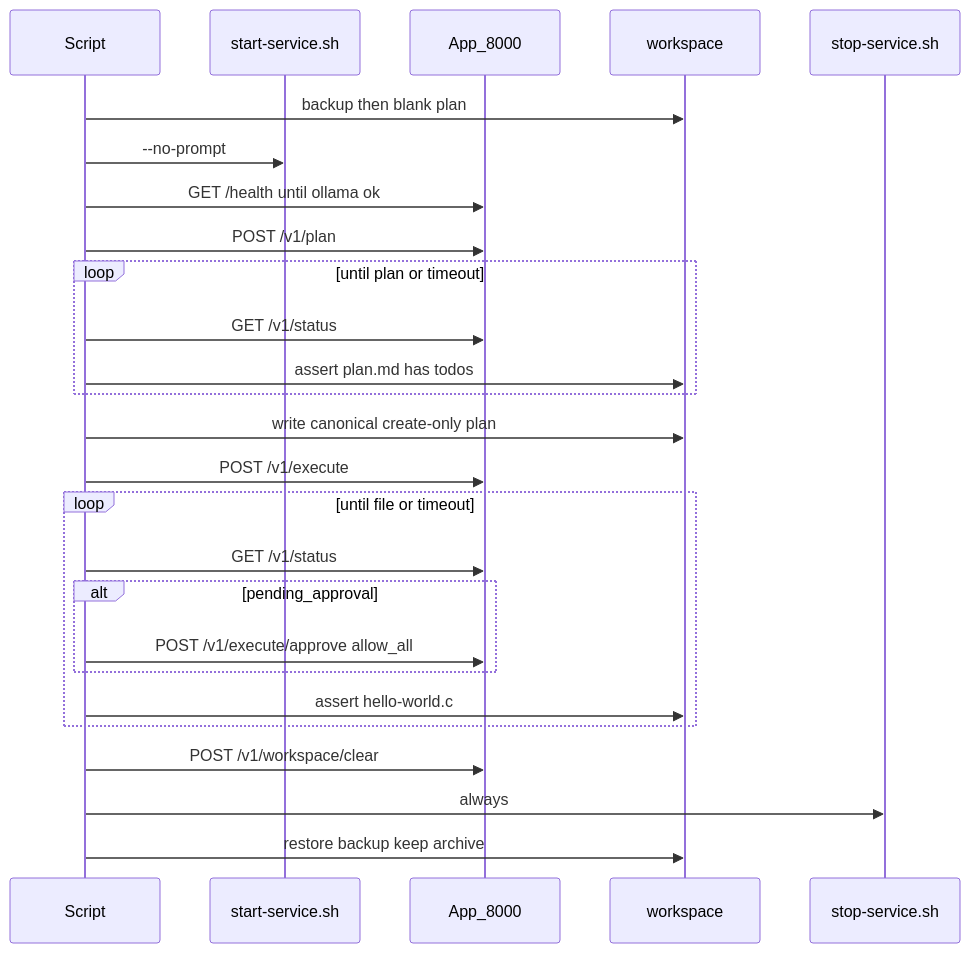
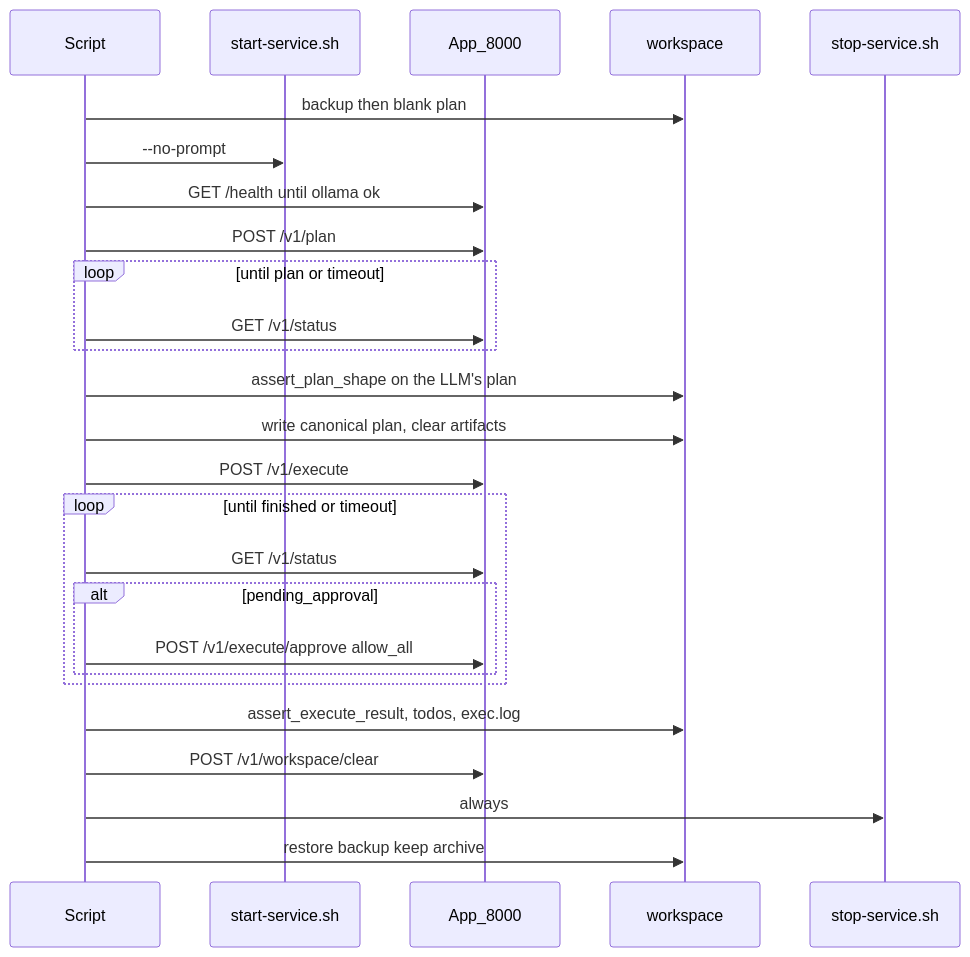
One commit to mtshomskyieee/tiny-local-coder changed the diagram in integration-tests/PLAN.md. Above: the diagram before and after it, drawn with Mermaid. The commit also changed other lines of this file and 34 other files, not shown here.

````diff
--- a/integration-tests/PLAN.md
+++ b/integration-tests/PLAN.md
@@ -38,28 +85,28 @@
 ```mermaid
 sequenceDiagram
   participant Script
   participant Start as start-service.sh
   participant API as App_8000
   participant WS as workspace
   participant Stop as stop-service.sh
   Script->>WS: backup then blank plan
   Script->>Start: --no-prompt
   Script->>API: GET /health until ollama ok
   Script->>API: POST /v1/plan
   loop until plan or timeout
     Script->>API: GET /v1/status
-    Script->>WS: assert plan.md has todos
   end
-  Script->>WS: write canonical create-only plan
+  Script->>WS: assert_plan_shape on the LLM's plan
+  Script->>WS: write canonical plan, clear artifacts
   Script->>API: POST /v1/execute
-  loop until file or timeout
+  loop until finished or timeout
     Script->>API: GET /v1/status
     alt pending_approval
       Script->>API: POST /v1/execute/approve allow_all
     end
-    Script->>WS: assert hello-world.c
   end
+  Script->>WS: assert_execute_result, todos, exec.log
   Script->>API: POST /v1/workspace/clear
   Script->>Stop: always
   Script->>WS: restore backup keep archive
 ```
````
